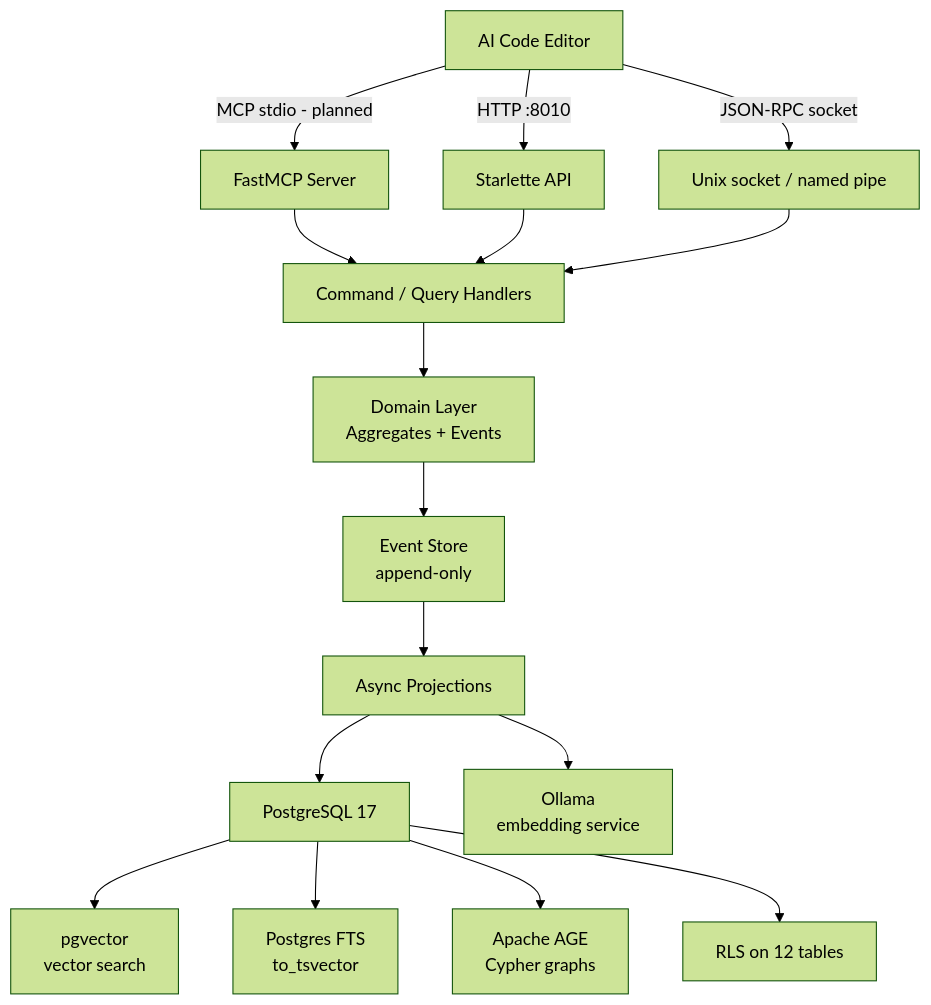
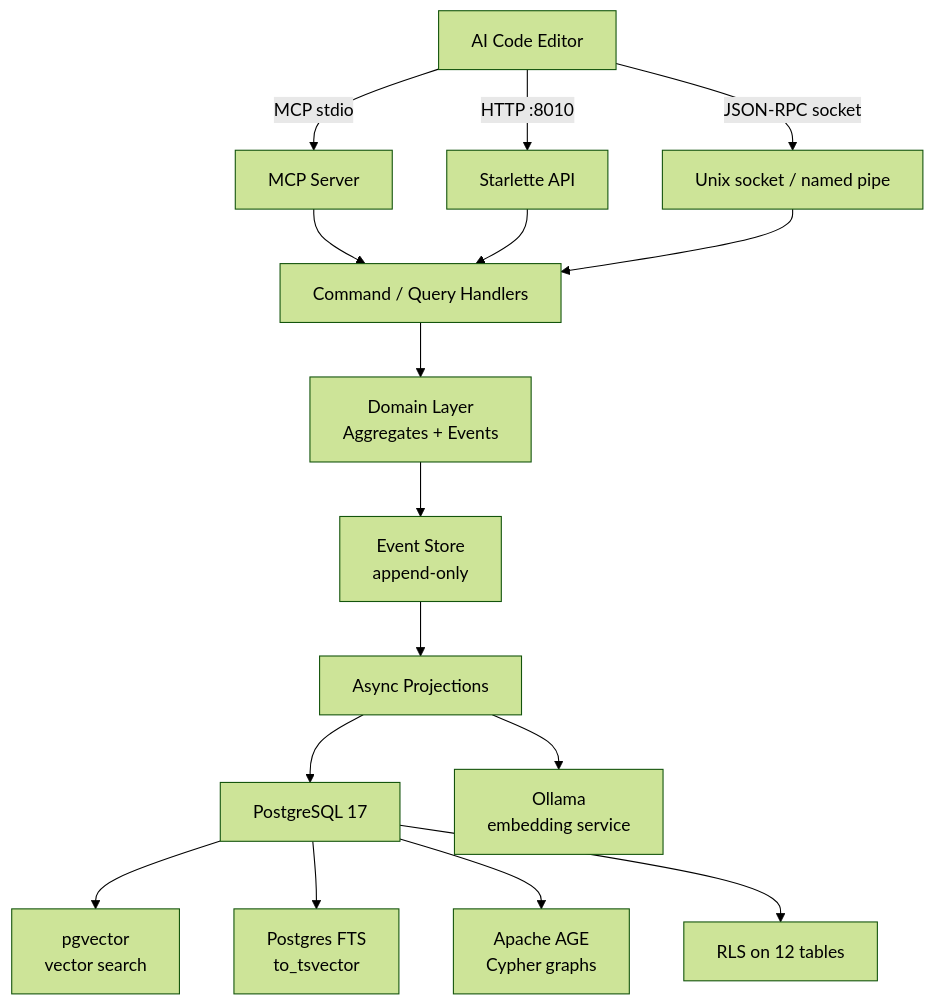
The first of 2 diagrams in README.md (moliver28/corpus-kb), drawn with Mermaid (forest theme) before and after one commit. The commit also changed other lines of this file and 47 other files, not shown here.

First line of the commit message:
feat: Zero-drift Wave 4 - interop: real MCP stdio server, PyPI readiness, config truth, dimension guard (#98)

````diff
--- a/README.md
+++ b/README.md
@@ -25,18 +25,18 @@
 ```mermaid
 graph TB
-    Editor[AI Code Editor] -->|"MCP stdio - planned"| MCP[FastMCP Server]
+    Editor[AI Code Editor] -->|"MCP stdio"| MCP[MCP Server]
     Editor -->|HTTP :8010| HTTP[Starlette API]
     Editor -->|JSON-RPC socket| Socket[Unix socket / named pipe]
     MCP --> Handlers[Command / Query Handlers]
     HTTP --> Handlers
     Socket --> Handlers
     Handlers --> Domain[Domain Layer<br/>Aggregates + Events]
     Domain --> ES[Event Store<br/>append-only]
     ES --> Projections[Async Projections]
     Projections --> PG[PostgreSQL 17]
     PG --> VEC[pgvector<br/>vector search]
     PG --> FTS[Postgres FTS<br/>to_tsvector]
     PG --> AGE[Apache AGE<br/>Cypher graphs]
     PG --> RLS[RLS on 12 tables]
     Projections --> Ollama[Ollama<br/>embedding service]
 ```
````
